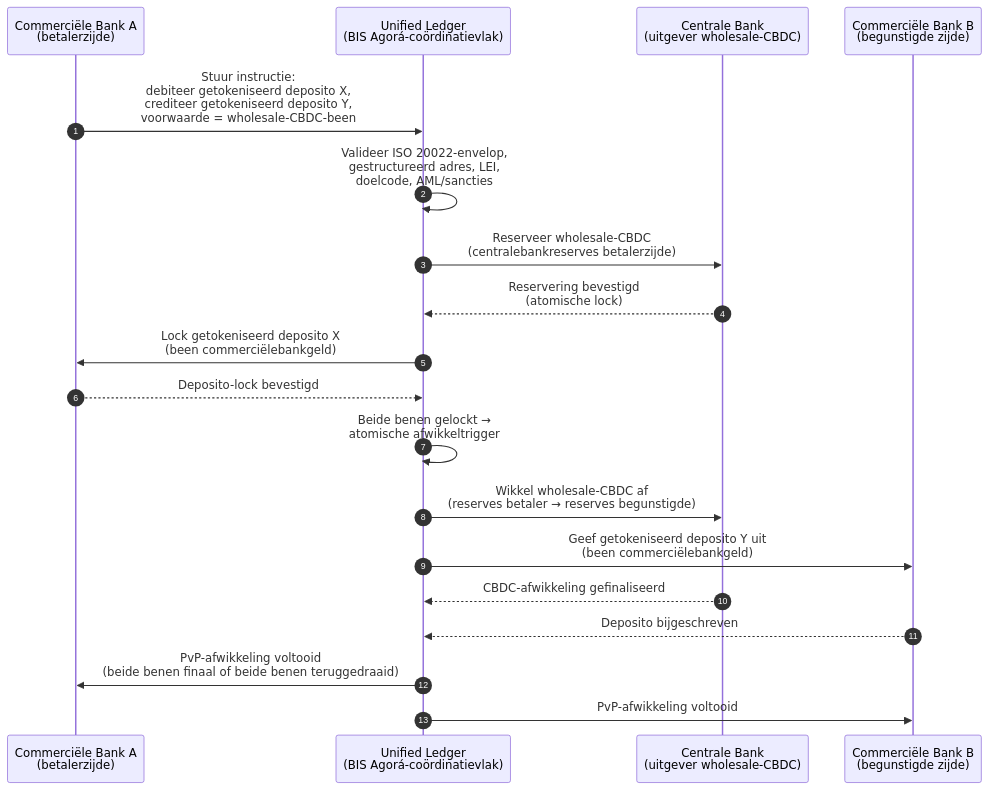
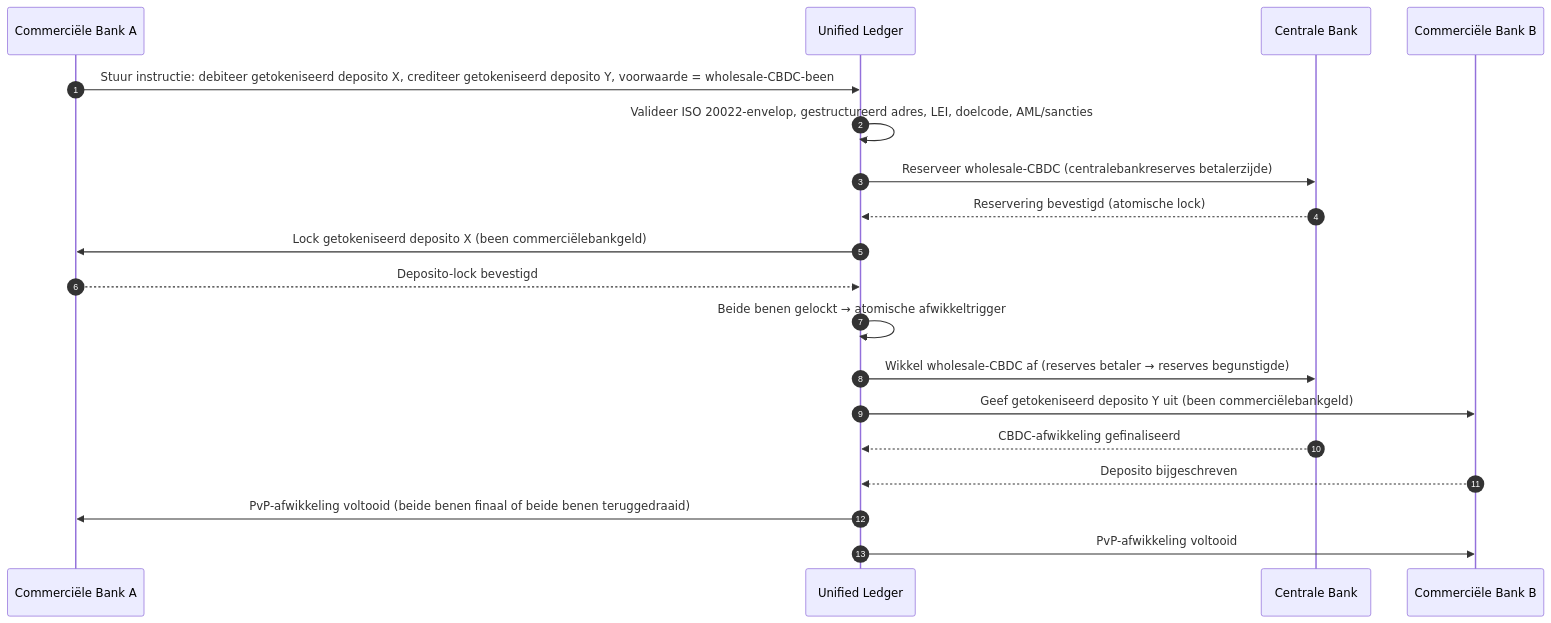
The diagram in _posts/nl/2026-06-06-wholesale-payments-index-iso20022-tokenised-deposits-cross-border-2026.md (sebastienrousseau/sebastienrousseau.github.io), drawn with Mermaid before and after one commit. The commit also changed 2231 other files, not shown here.

First line of the commit message:
fix(mermaid): unblock Mermaid v10 rendering end-to-end (#198)

````diff
--- a/_posts/nl/2026-06-06-wholesale-payments-index-iso20022-tokenised-deposits-cross-border-2026.md
+++ b/_posts/nl/2026-06-06-wholesale-payments-index-iso20022-tokenised-deposits-cross-border-2026.md
@@ -170,22 +170,21 @@
 ```mermaid
 sequenceDiagram
     autonumber
-    participant CB_A as Commerciële Bank A<br/>(betalerzijde)
-    participant UL as Unified Ledger<br/>(BIS Agorá-coördinatievlak)
-    participant CBNK as Centrale Bank<br/>(uitgever wholesale-CBDC)
-    participant CB_B as Commerciële Bank B<br/>(begunstigde zijde)
-
-    CB_A->>UL: Stuur instructie:<br/>debiteer getokeniseerd deposito X,<br/>crediteer getokeniseerd deposito Y,<br/>voorwaarde = wholesale-CBDC-been
-    UL->>UL: Valideer ISO 20022-envelop,<br/>gestructureerd adres, LEI,<br/>doelcode, AML/sancties
-    UL->>CBNK: Reserveer wholesale-CBDC<br/>(centralebankreserves betalerzijde)
-    CBNK-->>UL: Reservering bevestigd<br/>(atomische lock)
-    UL->>CB_A: Lock getokeniseerd deposito X<br/>(been commerciëlebankgeld)
+    participant CB_A as Commerciële Bank A
+    participant UL as Unified Ledger
+    participant CBNK as Centrale Bank
+    participant CB_B as Commerciële Bank B
+    CB_A->>UL: Stuur instructie: debiteer getokeniseerd deposito X, crediteer getokeniseerd deposito Y, voorwaarde = wholesale-CBDC-been
+    UL->>UL: Valideer ISO 20022-envelop, gestructureerd adres, LEI, doelcode, AML/sancties
+    UL->>CBNK: Reserveer wholesale-CBDC (centralebankreserves betalerzijde)
+    CBNK-->>UL: Reservering bevestigd (atomische lock)
+    UL->>CB_A: Lock getokeniseerd deposito X (been commerciëlebankgeld)
     CB_A-->>UL: Deposito-lock bevestigd
-    UL->>UL: Beide benen gelockt →<br/>atomische afwikkeltrigger
-    UL->>CBNK: Wikkel wholesale-CBDC af<br/>(reserves betaler → reserves begunstigde)
-    UL->>CB_B: Geef getokeniseerd deposito Y uit<br/>(been commerciëlebankgeld)
+    UL->>UL: Beide benen gelockt → atomische afwikkeltrigger
+    UL->>CBNK: Wikkel wholesale-CBDC af (reserves betaler → reserves begunstigde)
+    UL->>CB_B: Geef getokeniseerd deposito Y uit (been commerciëlebankgeld)
     CBNK-->>UL: CBDC-afwikkeling gefinaliseerd
     CB_B-->>UL: Deposito bijgeschreven
-    UL->>CB_A: PvP-afwikkeling voltooid<br/>(beide benen finaal of beide benen teruggedraaid)
+    UL->>CB_A: PvP-afwikkeling voltooid (beide benen finaal of beide benen teruggedraaid)
     UL->>CB_B: PvP-afwikkeling voltooid
 ```
````
